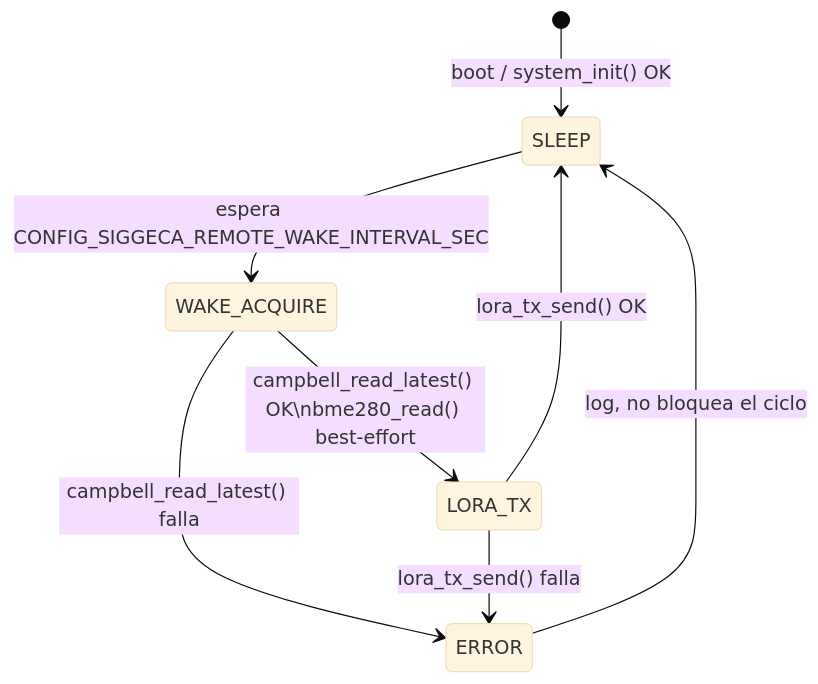
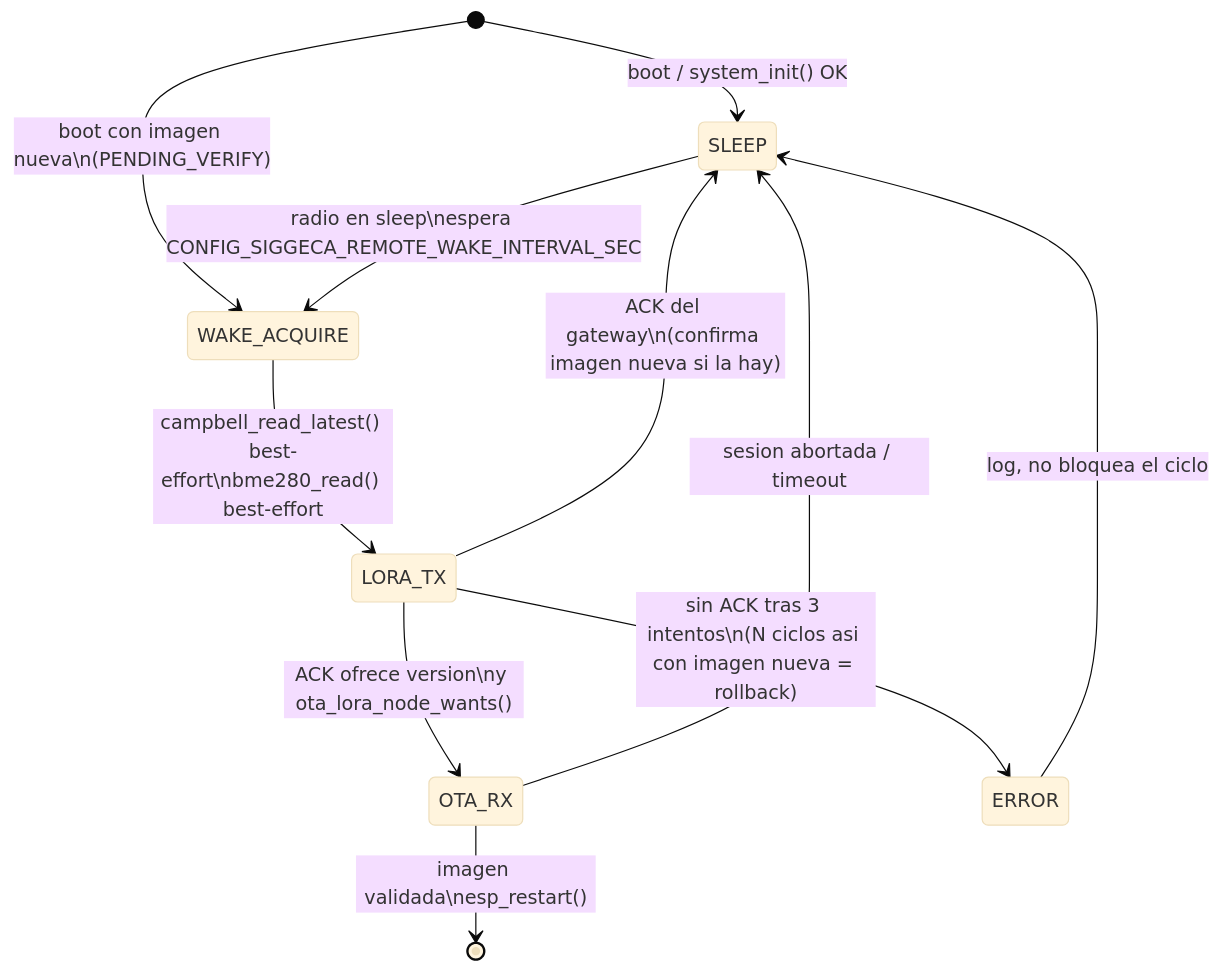
Before and after one commit to GIAR-UTN/antartida-firmware: the second of 2 diagrams in docs/FSM.md, drawn with Mermaid (base theme). The commit also changed other lines of this file and 33 other files, not shown here.

Commit message:
Add LoRa link and OTA over LoRa for the remote node

````diff
--- a/docs/FSM.md
+++ b/docs/FSM.md
@@ -45,14 +55,19 @@
 ```mermaid
 stateDiagram-v2
     [*] --> SLEEP: boot / system_init() OK
 
-    SLEEP --> WAKE_ACQUIRE: espera CONFIG_SIGGECA_REMOTE_WAKE_INTERVAL_SEC
+    [*] --> WAKE_ACQUIRE: boot con imagen nueva\n(PENDING_VERIFY)
 
-    WAKE_ACQUIRE --> LORA_TX: campbell_read_latest() OK\nbme280_read() best-effort
-    WAKE_ACQUIRE --> ERROR: campbell_read_latest() falla
+    SLEEP --> WAKE_ACQUIRE: radio en sleep\nespera CONFIG_SIGGECA_REMOTE_WAKE_INTERVAL_SEC
 
-    LORA_TX --> SLEEP: lora_tx_send() OK
-    LORA_TX --> ERROR: lora_tx_send() falla
+    WAKE_ACQUIRE --> LORA_TX: campbell_read_latest() best-effort\nbme280_read() best-effort
+
+    LORA_TX --> SLEEP: ACK del gateway\n(confirma imagen nueva si la hay)
+    LORA_TX --> OTA_RX: ACK ofrece version\ny ota_lora_node_wants()
+    LORA_TX --> ERROR: sin ACK tras 3 intentos\n(N ciclos asi con imagen nueva = rollback)
+
+    OTA_RX --> [*]: imagen validada\nesp_restart()
+    OTA_RX --> SLEEP: sesion abortada / timeout
 
     ERROR --> SLEEP: log, no bloquea el ciclo
 ```
````
